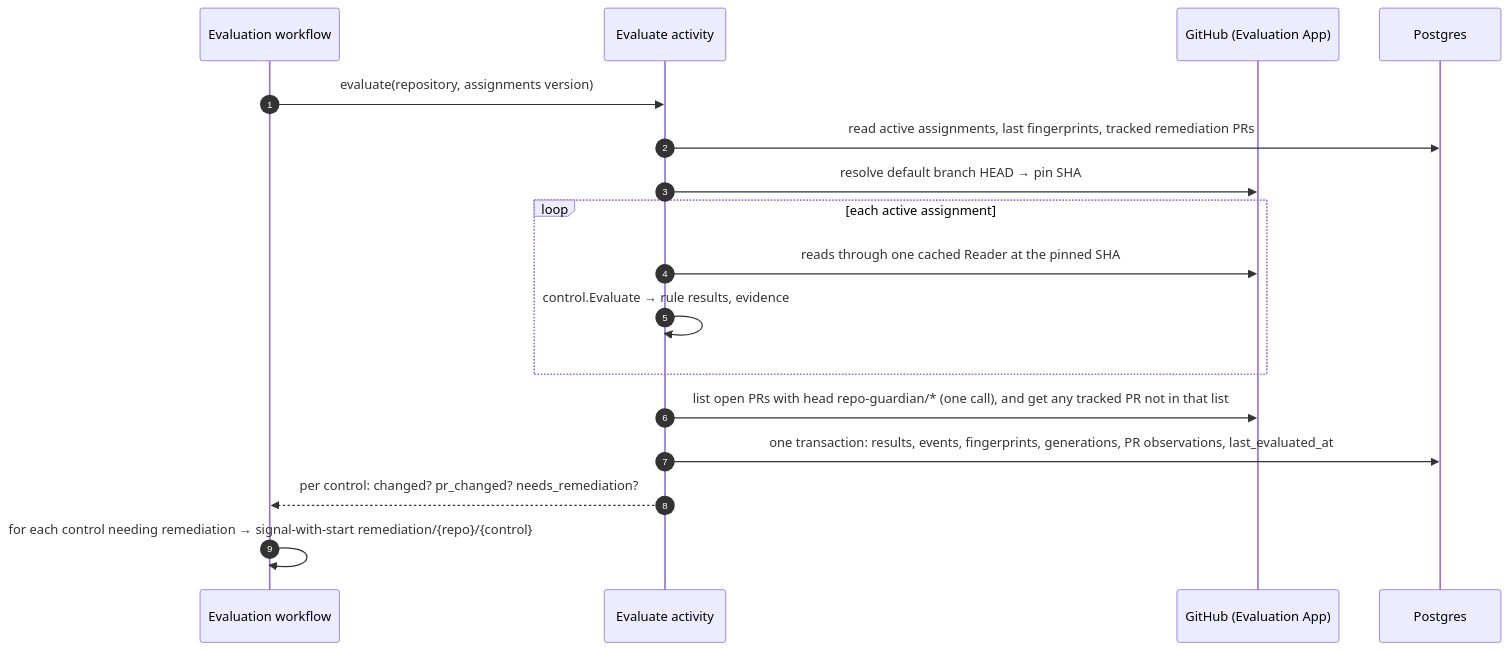
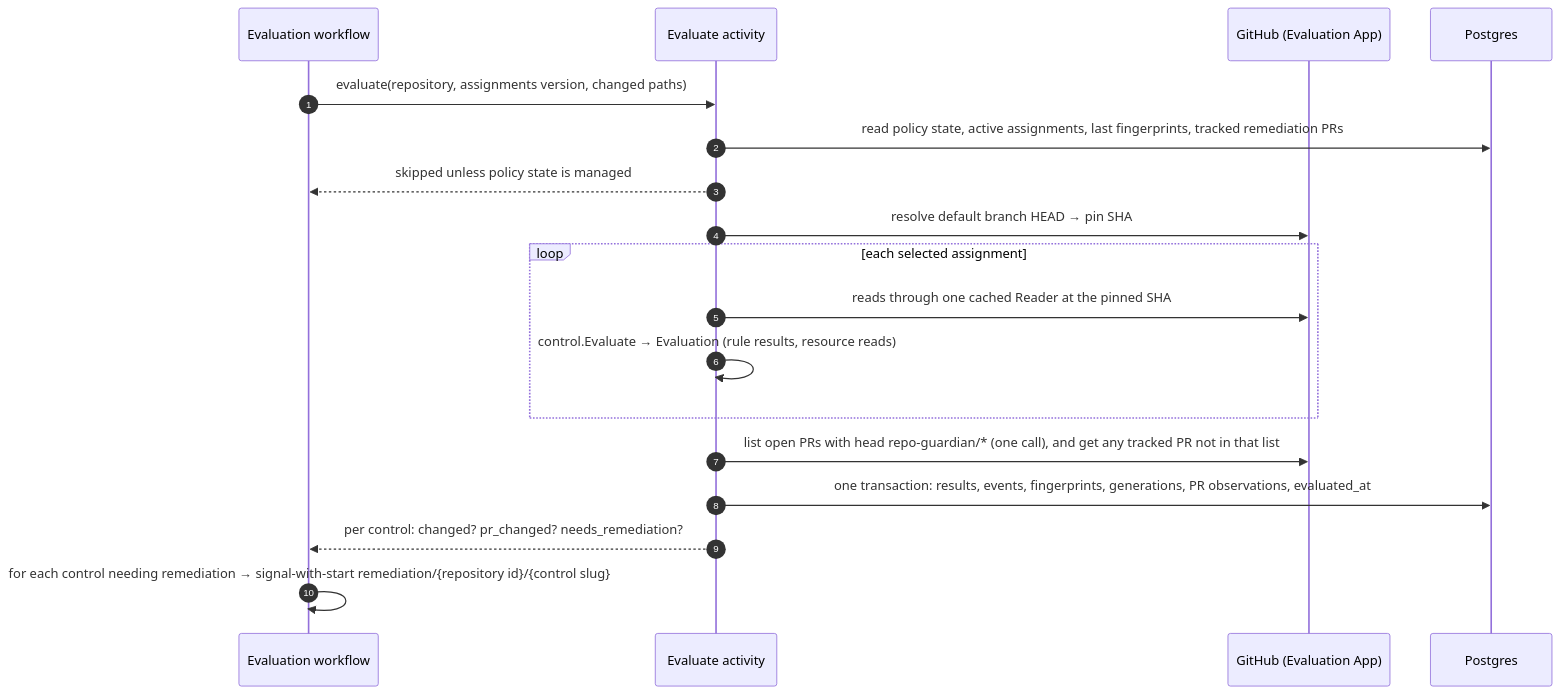
One commit to donaldgifford/repo-guardian changed the first of 3 diagrams in docs/design/0032-evaluation-and-remediation-workflows-change-driven-remediation.md. Above: the diagram before and after it, drawn with Mermaid. The commit also changed other lines of this file and 3 other files, not shown here.

````diff
--- a/docs/design/0032-evaluation-and-remediation-workflows-change-driven-remediation.md
+++ b/docs/design/0032-evaluation-and-remediation-workflows-change-driven-remediation.md
@@ -132,20 +132,21 @@
 ```mermaid
 sequenceDiagram
     autonumber
     participant W as Evaluation workflow
     participant A as Evaluate activity
     participant GH as GitHub (Evaluation App)
     participant DB as Postgres
 
-    W->>A: evaluate(repository, assignments version)
-    A->>DB: read active assignments, last fingerprints, tracked remediation PRs
+    W->>A: evaluate(repository, assignments version, changed paths)
+    A->>DB: read policy state, active assignments, last fingerprints, tracked remediation PRs
+    A-->>W: skipped unless policy state is managed
     A->>GH: resolve default branch HEAD → pin SHA
-    loop each active assignment
+    loop each selected assignment
         A->>GH: reads through one cached Reader at the pinned SHA
-        A->>A: control.Evaluate → rule results, evidence
+        A->>A: control.Evaluate → Evaluation (rule results, resource reads)
     end
     A->>GH: list open PRs with head repo-guardian/* (one call), and get any tracked PR not in that list
-    A->>DB: one transaction: results, events, fingerprints, generations, PR observations, last_evaluated_at
+    A->>DB: one transaction: results, events, fingerprints, generations, PR observations, evaluated_at
     A-->>W: per control: changed? pr_changed? needs_remediation?
-    W->>W: for each control needing remediation → signal-with-start remediation/{repo}/{control}
+    W->>W: for each control needing remediation → signal-with-start remediation/{repository id}/{control slug}
 ```
````
